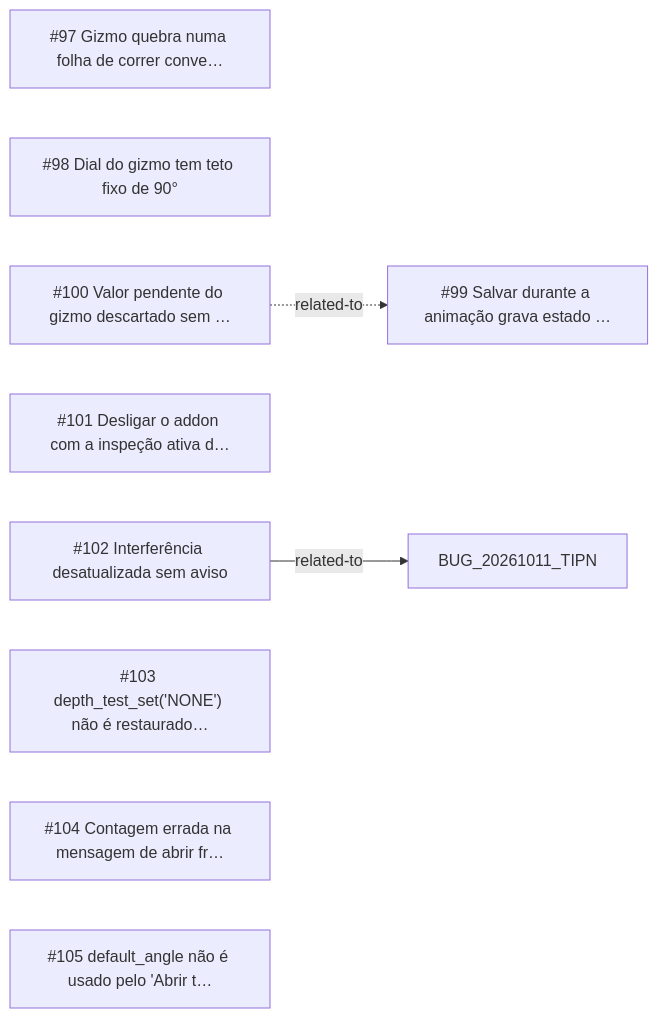
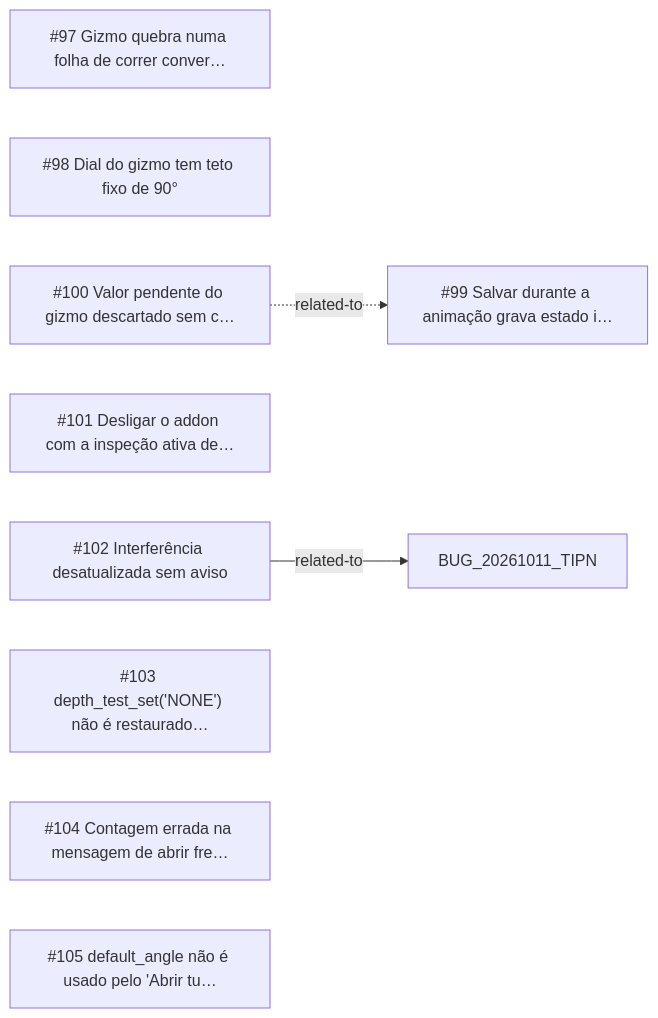
The diagram in _reversa_bugs/inspection/generated/graph.md (CAFFDIGITALPLATFORM/caffmob_draw), drawn with Mermaid before and after one commit. The commit also changed other lines of this file and 220 other files, not shown here.

````diff
--- a/_reversa_bugs/inspection/generated/graph.md
+++ b/_reversa_bugs/inspection/generated/graph.md
@@ -5,14 +5,14 @@
 ```mermaid
 graph LR
-  BUG_20261011_5EX7["#97 Gizmo quebra numa folha de correr conve…"]
+  BUG_20261011_5EX7["#97 Gizmo quebra numa folha de correr conver…"]
   BUG_20261011_GBPG["#98 Dial do gizmo tem teto fixo de 90°"]
-  BUG_20261011_B5JP["#99 Salvar durante a animação grava estado …"]
-  BUG_20261011_PGMI["#100 Valor pendente do gizmo descartado sem …"]
-  BUG_20261011_NWRA["#101 Desligar o addon com a inspeção ativa d…"]
+  BUG_20261011_B5JP["#99 Salvar durante a animação grava estado i…"]
+  BUG_20261011_PGMI["#100 Valor pendente do gizmo descartado sem c…"]
+  BUG_20261011_NWRA["#101 Desligar o addon com a inspeção ativa de…"]
   BUG_20261011_FVQI["#102 Interferência desatualizada sem aviso"]
   BUG_20261011_UURX["#103 depth_test_set('NONE') não é restaurado…"]
-  BUG_20261011_6AX3["#104 Contagem errada na mensagem de abrir fr…"]
-  BUG_20261011_B54S["#105 default_angle não é usado pelo 'Abrir t…"]
+  BUG_20261011_6AX3["#104 Contagem errada na mensagem de abrir fre…"]
+  BUG_20261011_B54S["#105 default_angle não é usado pelo 'Abrir tu…"]
+  BUG_20261011_PGMI -.->|related-to| BUG_20261011_B5JP
   BUG_20261011_FVQI -->|related-to| BUG_20261011_TIPN
-  BUG_20261011_PGMI -.->|related-to| BUG_20261011_B5JP
 ```
````
